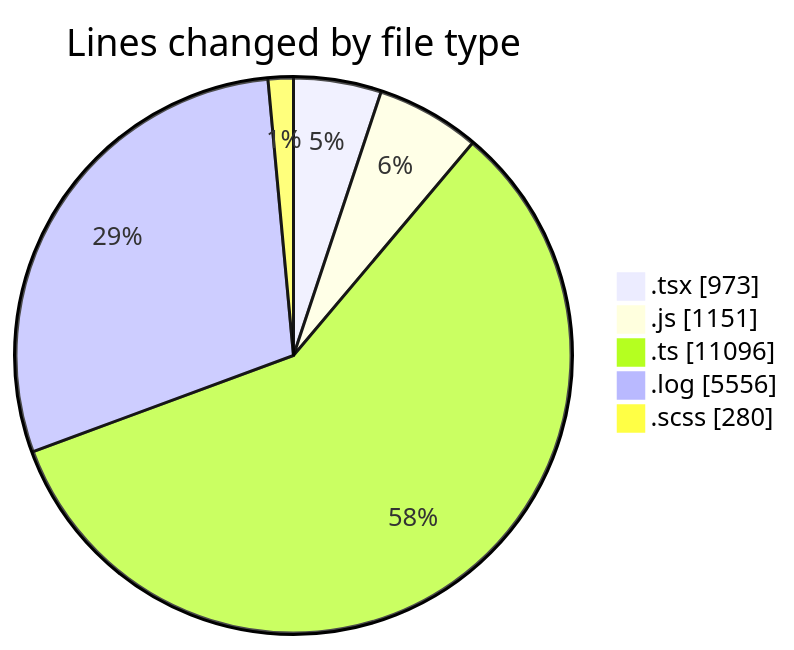
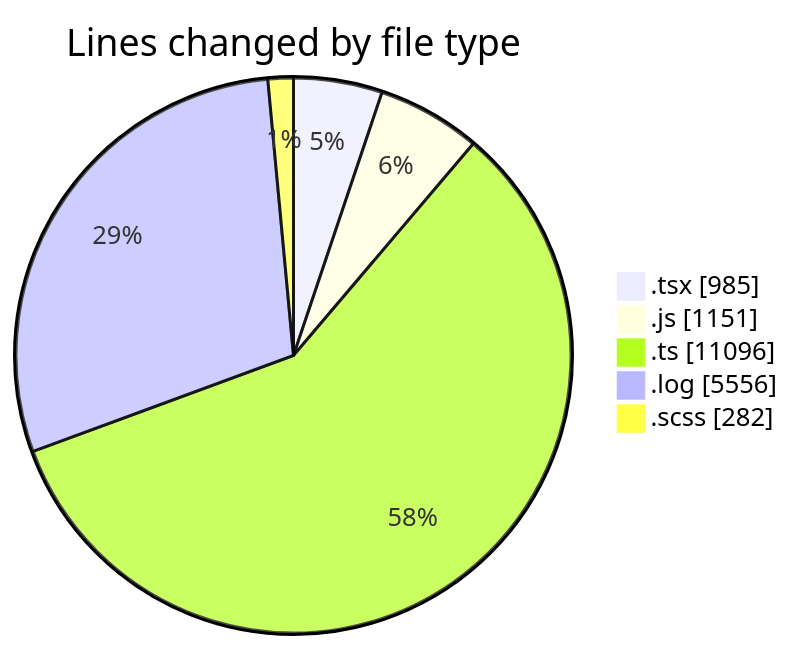
Before and after one commit to momahboobian/code-tracking: the first of 2 diagrams in 2026-04-09/cda/README.md, drawn with Mermaid. The commit also changed other lines of this file and 1 other file, not shown here.

````diff
--- a/2026-04-09/cda/README.md
+++ b/2026-04-09/cda/README.md
@@ -32,9 +32,9 @@
 ```mermaid
 pie showData
 title Lines changed by file type
-".tsx" : 973
+".tsx" : 985
 ".js" : 1151
 ".ts" : 11096
 ".log" : 5556
-".scss" : 280
+".scss" : 282
 ```
````
